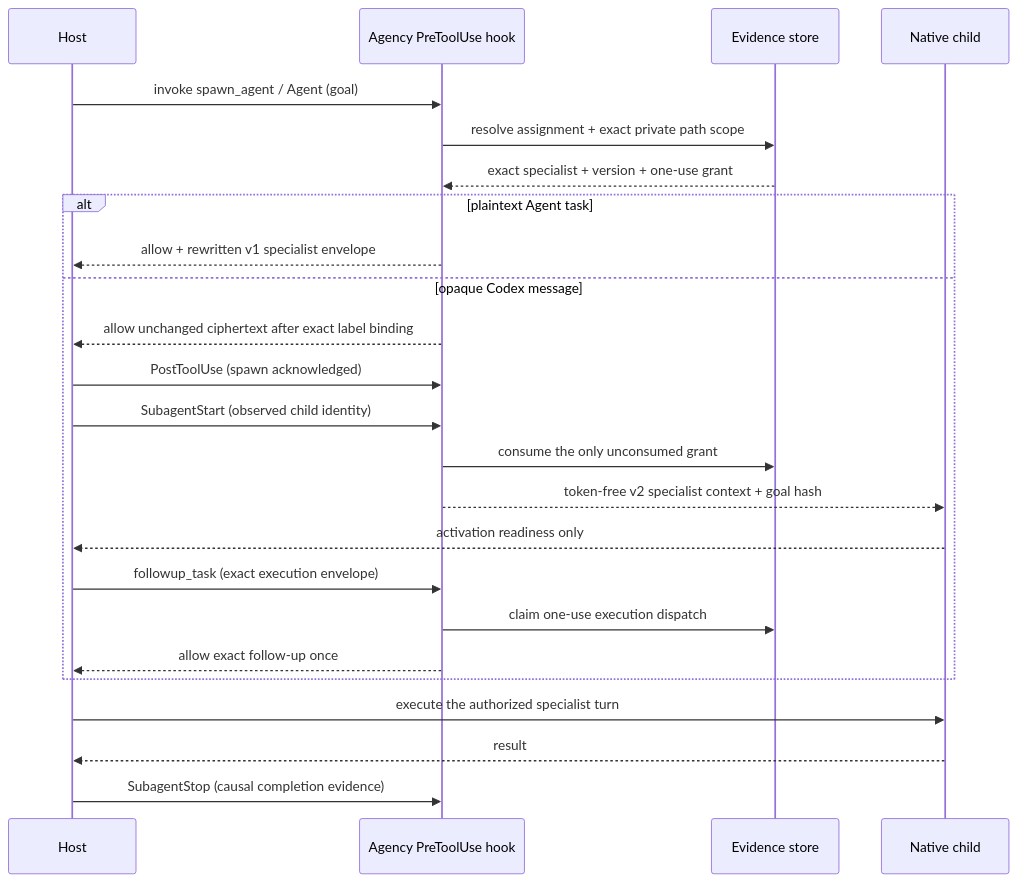
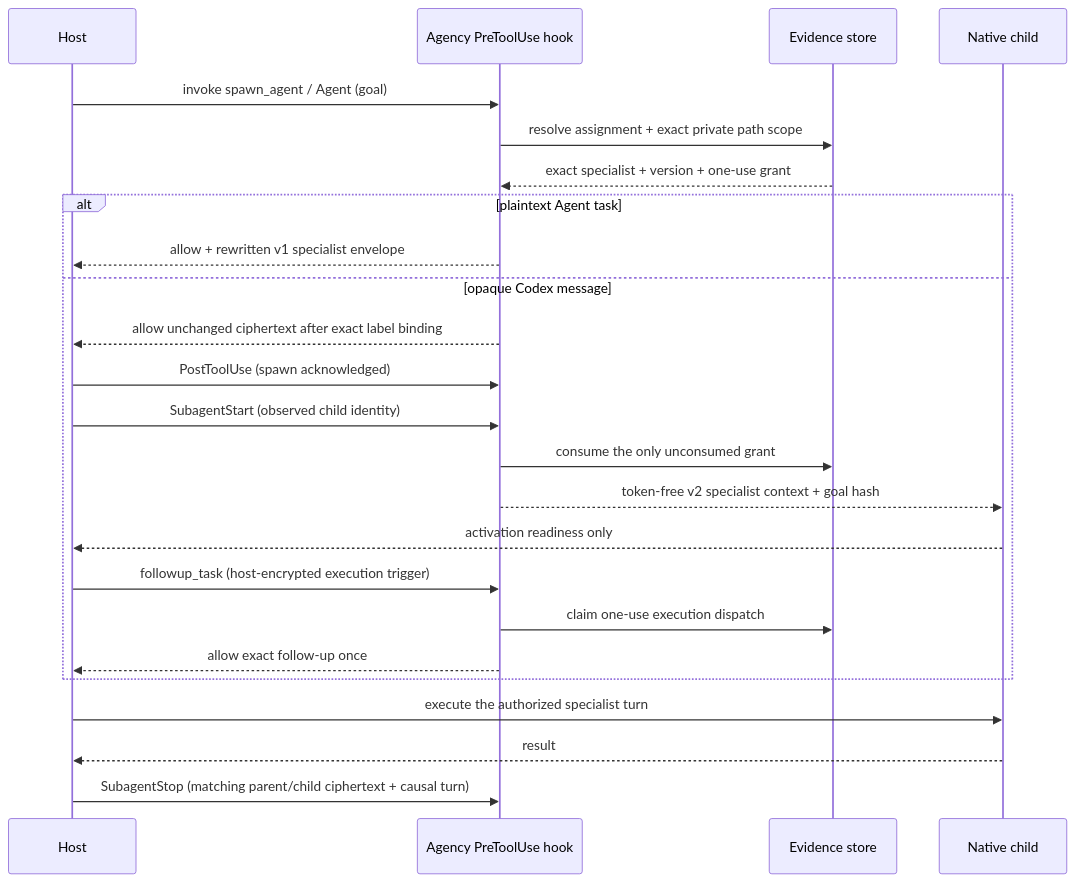
The second of 2 diagrams in README.md (Holeshot-Software-LLC/agency-runtime), drawn with Mermaid before and after one commit. The commit also changed other lines of this file and 16 other files, not shown here.

Commit message:
fix(ar-223): bind encrypted Codex child execution

````diff
--- a/README.md
+++ b/README.md
@@ -206,26 +209,26 @@
 ```mermaid
 sequenceDiagram
     participant Host
     participant Hook as Agency PreToolUse hook
     participant Store as Evidence store
     participant Child as Native child
     Host->>Hook: invoke spawn_agent / Agent (goal)
     Hook->>Store: resolve assignment + exact private path scope
     Store-->>Hook: exact specialist + version + one-use grant
     alt plaintext Agent task
         Hook-->>Host: allow + rewritten v1 specialist envelope
     else opaque Codex message
         Hook-->>Host: allow unchanged ciphertext after exact label binding
         Host->>Hook: PostToolUse (spawn acknowledged)
         Host->>Hook: SubagentStart (observed child identity)
         Hook->>Store: consume the only unconsumed grant
         Hook-->>Child: token-free v2 specialist context + goal hash
         Child-->>Host: activation readiness only
-        Host->>Hook: followup_task (exact execution envelope)
+        Host->>Hook: followup_task (host-encrypted execution trigger)
         Hook->>Store: claim one-use execution dispatch
         Hook-->>Host: allow exact follow-up once
     end
     Host->>Child: execute the authorized specialist turn
     Child-->>Host: result
-    Host->>Hook: SubagentStop (causal completion evidence)
+    Host->>Hook: SubagentStop (matching parent/child ciphertext + causal turn)
 ```
````
